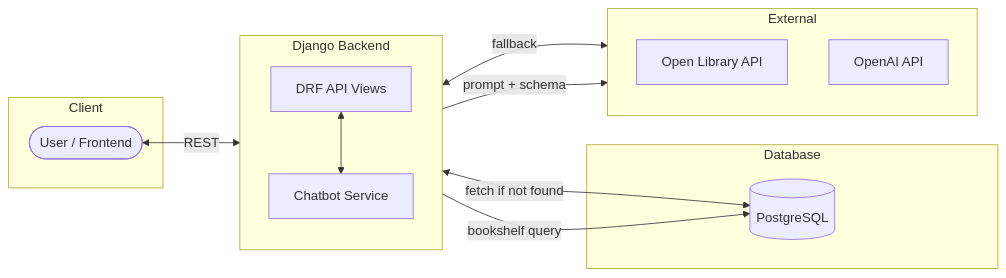
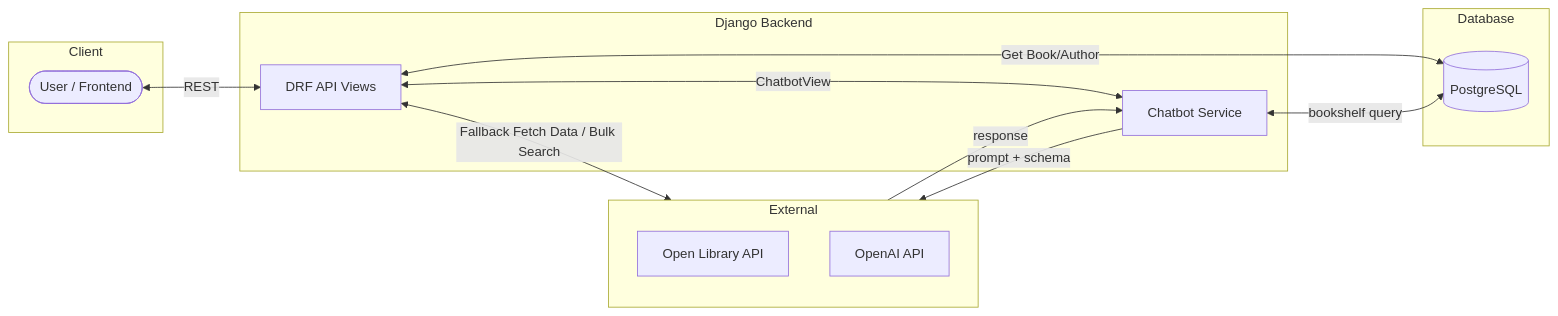
The second of 2 diagrams in book_rag_backend/docs/internal/diagrams/chatbot_flow.md (Jtsoco/rag-book-app), drawn with Mermaid before and after one commit.

Commit message:
updated diagrams

````diff
--- a/book_rag_backend/docs/internal/diagrams/chatbot_flow.md
+++ b/book_rag_backend/docs/internal/diagrams/chatbot_flow.md
@@ -16,26 +16,27 @@
 ```mermaid
 flowchart LR
     subgraph Client
         A([User / Frontend])
     end
     subgraph Django["Django Backend"]
-        direction TB
         B[DRF API Views]
         C[Chatbot Service]
-        B <--> C
+
     end
     subgraph Database
         D[(PostgreSQL)]
     end
     subgraph External
         direction TB
         E[Open Library API]
         F[OpenAI API]
     end
 
     A <-->|REST| B
-    B <-->|fetch if not found| D
-    B <-->|fallback| E
-    C -->|bookshelf query| D
+    B <-->|ChatbotView| C
+    B <-->|Get Book/Author| D
+    B <-->|Fallback Fetch Data / Bulk Search| E
+    C <-->|bookshelf query| D
     C -->|prompt + schema| F
+    F -->|response| C
 ```
````
